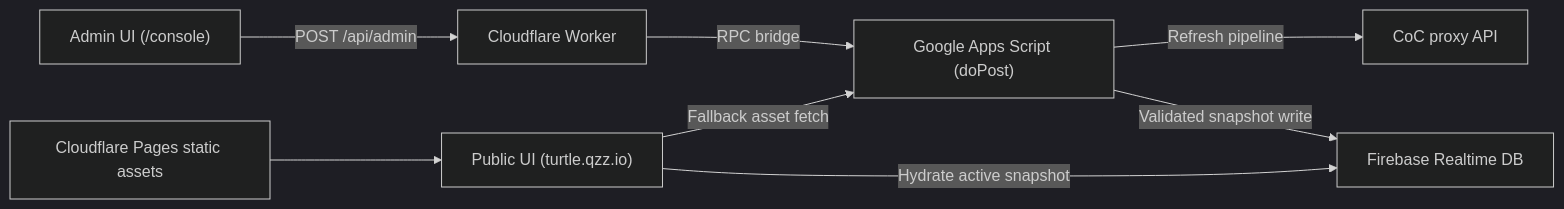
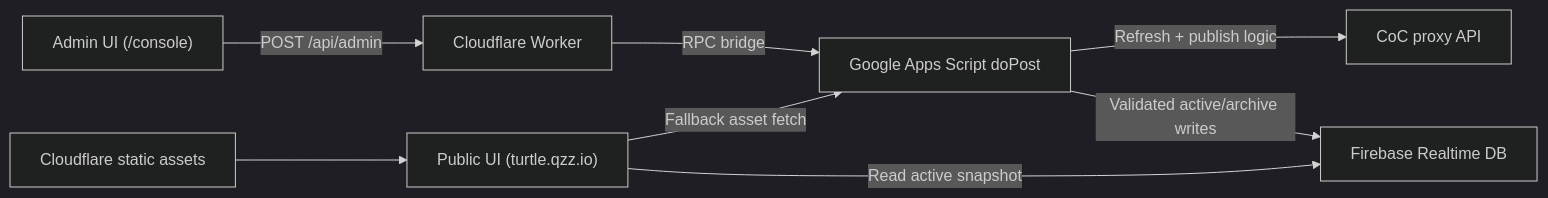
Before and after one commit to EmotionIce/CocRosterApp: the diagram in README.md, drawn with Mermaid (dark theme). The commit also changed other lines of this file, not shown here.

````diff
--- a/README.md
+++ b/README.md
@@ -25,10 +59,10 @@
 ```mermaid
 flowchart LR
     A["Admin UI (/console)"] -->|"POST /api/admin"| B["Cloudflare Worker"]
-    B -->|"RPC bridge"| C["Google Apps Script (doPost)"]
-    C -->|"Refresh pipeline"| D["CoC proxy API"]
-    C -->|"Validated snapshot write"| E["Firebase Realtime DB"]
-    F["Public UI (turtle.qzz.io)"] -->|"Hydrate active snapshot"| E
+    B -->|"RPC bridge"| C["Google Apps Script doPost"]
+    C -->|"Refresh + publish logic"| D["CoC proxy API"]
+    C -->|"Validated active/archive writes"| E["Firebase Realtime DB"]
+    F["Public UI (turtle.qzz.io)"] -->|"Read active snapshot"| E
     F -->|"Fallback asset fetch"| C
-    G["Cloudflare Pages static assets"] --> F
+    G["Cloudflare static assets"] --> F
 ```
````
